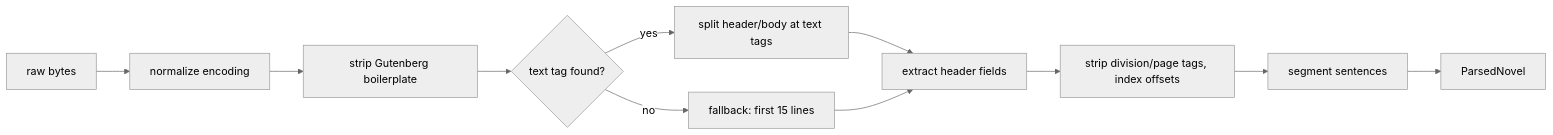
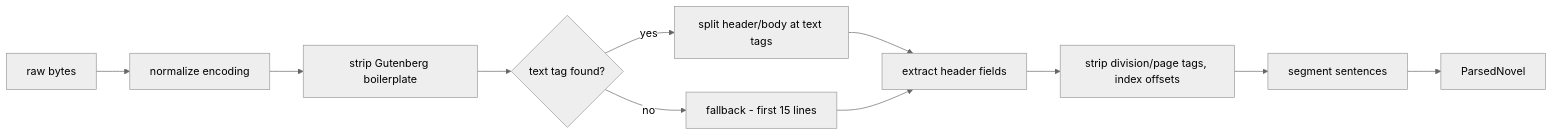
One commit to PRADEEPERIYASAMY/narrative-time-viz changed the fourth of 8 diagrams in reports/weeks-01-02.md. Above: the diagram before and after it, drawn with Mermaid (neutral theme).

Commit message:
fix: correct mermaid syntax error in Weeks 1-2 report
An unquoted colon inside a flowchart node label ("fallback: first 15
lines") is valid enough to pass casual review but breaks stricter
Mermaid parsers (reported against mermaid 11.12.2). Wrapped the label
in quotes instead.

````diff
--- a/reports/weeks-01-02.md
+++ b/reports/weeks-01-02.md
@@ -106,13 +106,13 @@
 ```mermaid
 flowchart LR
     A[raw bytes] --> B[normalize encoding]
     B --> C[strip Gutenberg boilerplate]
     C --> D{text tag found?}
     D -->|yes| E[split header/body at text tags]
-    D -->|no| F[fallback: first 15 lines]
+    D -->|no| F["fallback - first 15 lines"]
     E --> G[extract header fields]
     F --> G
     G --> H[strip division/page tags, index offsets]
     H --> I[segment sentences]
     I --> J[ParsedNovel]
 ```
````
